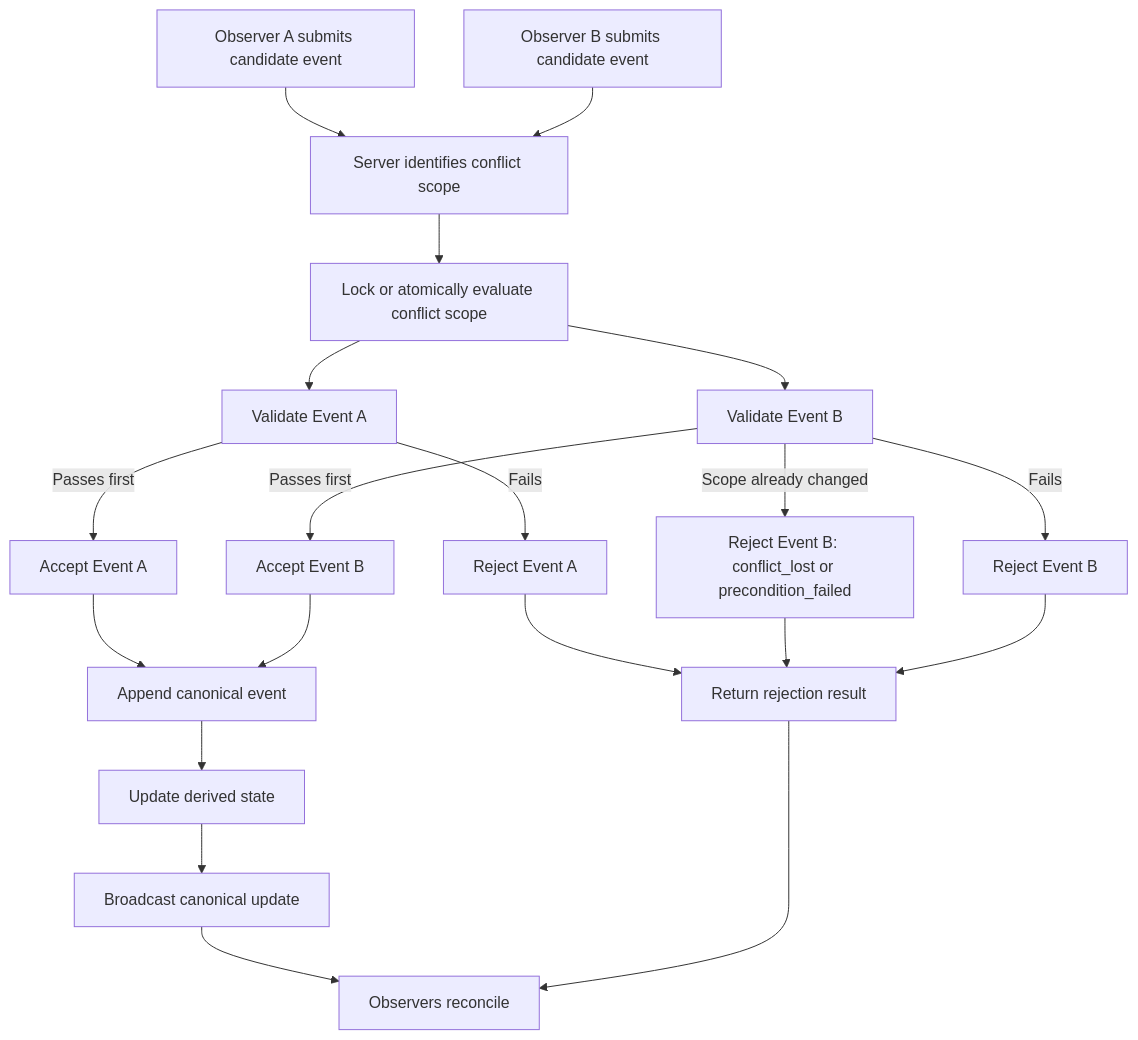
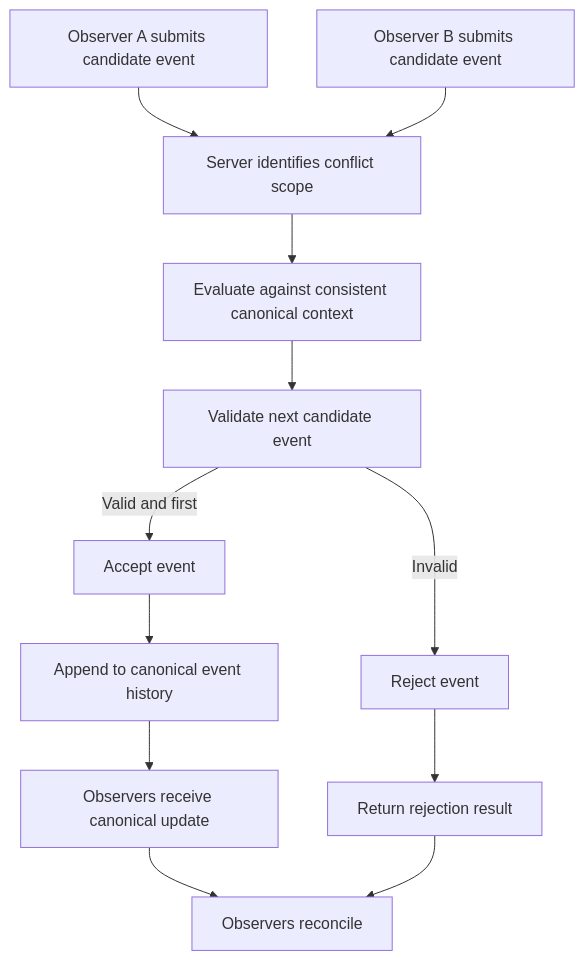
One commit to godofthunder101/crypsa-architecture changed the diagram in diagrams/CrypSA_Conflict_Resolution.md. Above: the diagram before and after it, drawn with Mermaid. The commit also changed other lines of this file, not shown here.

`````diff
--- a/diagrams/CrypSA_Conflict_Resolution.md
+++ b/diagrams/CrypSA_Conflict_Resolution.md
@@ -18,32 +22,21 @@
 ```mermaid
 flowchart TD
 
 A[Observer A submits candidate event] --> C[Server identifies conflict scope]
 B[Observer B submits candidate event] --> C
 
-C --> D[Lock or atomically evaluate conflict scope]
+C --> D[Evaluate against consistent canonical context]
 
-D --> E[Validate Event A]
-D --> F[Validate Event B]
+D --> E[Validate next candidate event]
 
-E -->|Passes first| G[Accept Event A]
-E -->|Fails| R1[Reject Event A]
+E -->|Valid and first| G[Accept event]
+E -->|Invalid| R1[Reject event]
 
-F -->|Scope already changed| R2[Reject Event B: conflict_lost or precondition_failed]
-F -->|Passes first| H[Accept Event B]
-F -->|Fails| R3[Reject Event B]
+G --> I[Append to canonical event history]
+I --> J[Observers receive canonical update]
 
-G --> I[Append canonical event]
-H --> I
-
-I --> J[Update derived state]
-J --> K[Broadcast canonical update]
+J --> K[Observers reconcile]
 
 R1 --> L[Return rejection result]
-R2 --> L
-R3 --> L
-
-K --> M[Observers reconcile]
-L --> M
-
-````
+L --> K
+```
`````
